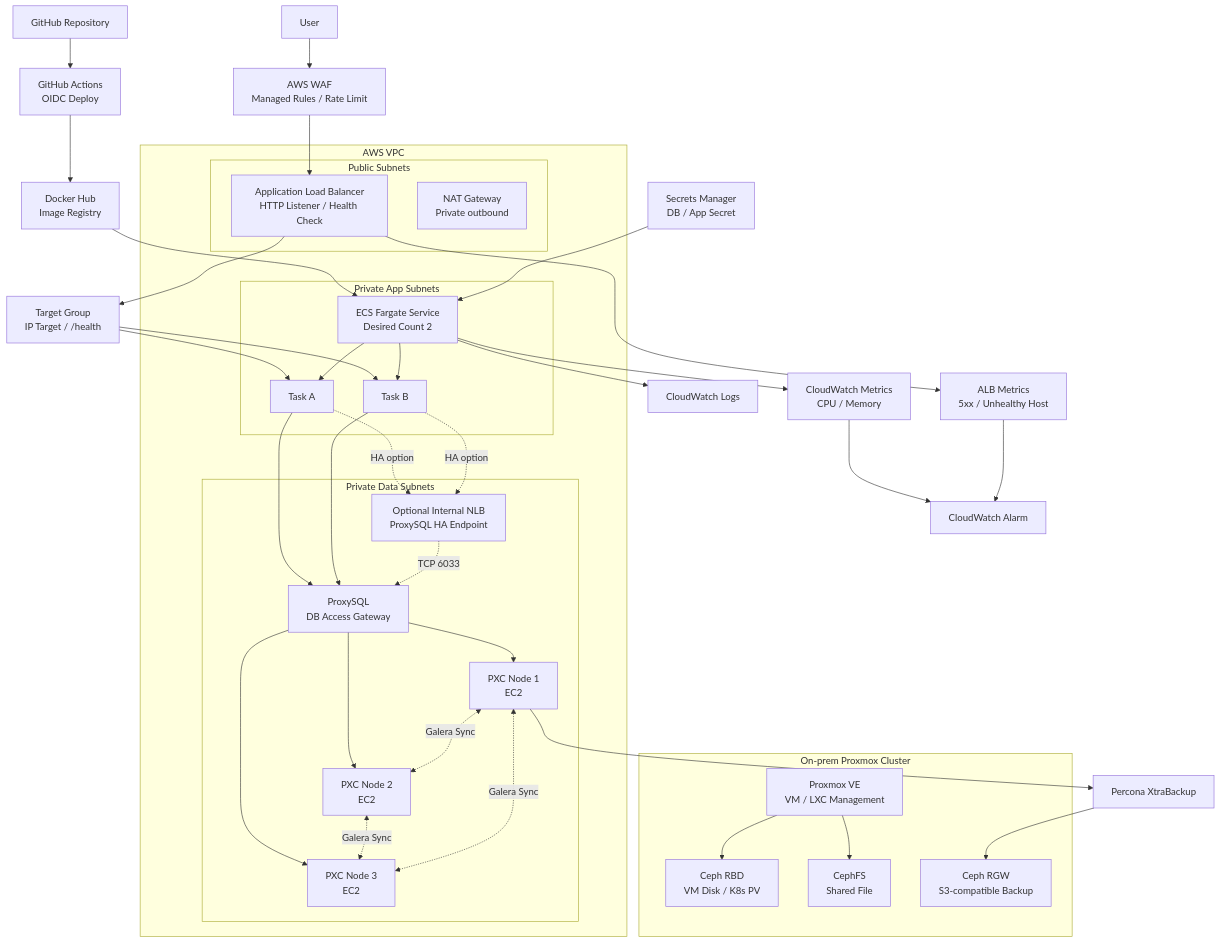
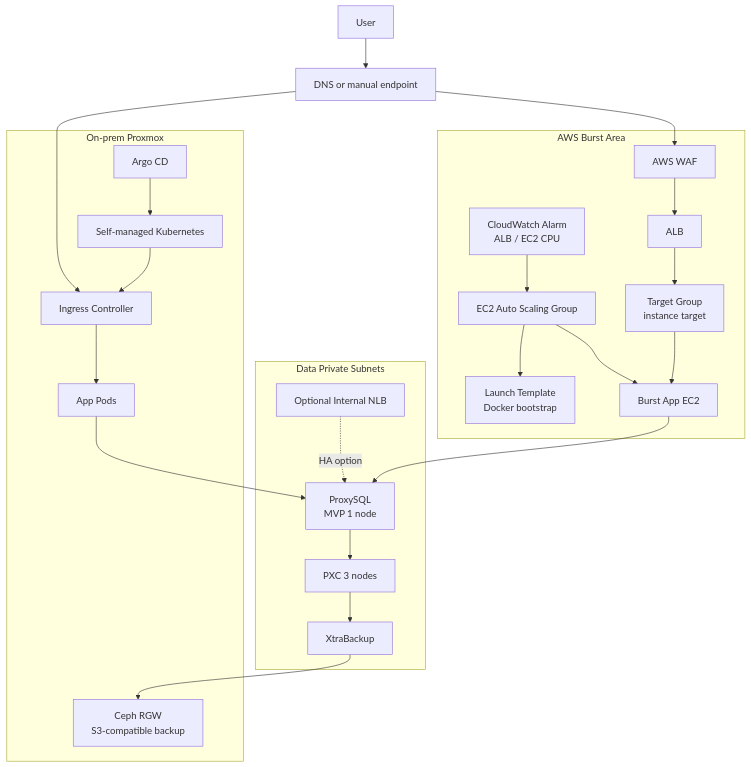
One commit to KosaCloudTeam2/infra-platform changed the second of 7 diagrams in docs/01_architecture.md. Above: the diagram before and after it, drawn with Mermaid. The commit also changed other lines of this file and 52 other files, not shown here.

````diff
--- a/docs/01_architecture.md
+++ b/docs/01_architecture.md
@@ -137,66 +137,47 @@
 ```mermaid
 flowchart TD
-    User["User"] --> WAF["AWS WAF<br/>Managed Rules / Rate Limit"]
-    WAF --> ALB["Application Load Balancer<br/>HTTP Listener / Health Check"]
-    ALB --> TG["Target Group<br/>IP Target / /health"]
+    User["User"] --> Traffic["DNS or manual endpoint"]
 
-    subgraph VPC["AWS VPC"]
-        subgraph Public["Public Subnets"]
-            ALB
-            NAT["NAT Gateway<br/>Private outbound"]
-        end
-
-        subgraph AppPrivate["Private App Subnets"]
-            ECS["ECS Fargate Service<br/>Desired Count 2"]
-            TaskA["Task A"]
-            TaskB["Task B"]
-        end
-
-        subgraph DataPrivate["Private Data Subnets"]
-            ProxySQL["ProxySQL<br/>DB Access Gateway"]
-            ProxyNLB["Optional Internal NLB<br/>ProxySQL HA Endpoint"]
-            PXC1["PXC Node 1<br/>EC2"]
-            PXC2["PXC Node 2<br/>EC2"]
-            PXC3["PXC Node 3<br/>EC2"]
-        end
+    subgraph OnPrem["On-prem Proxmox"]
+        K8s["Self-managed Kubernetes"]
+        Ingress["Ingress Controller"]
+        AppPod["App Pods"]
+        Argo["Argo CD"]
+        CephRGW["Ceph RGW<br/>S3-compatible backup"]
+        Argo --> K8s
+        K8s --> Ingress
+        Ingress --> AppPod
     end
 
-    TG --> TaskA
-    TG --> TaskB
-    ECS --> TaskA
-    ECS --> TaskB
-    TaskA --> ProxySQL
-    TaskB --> ProxySQL
-    TaskA -. "HA option" .-> ProxyNLB
-    TaskB -. "HA option" .-> ProxyNLB
-    ProxyNLB -. "TCP 6033" .-> ProxySQL
-    ProxySQL --> PXC1
-    ProxySQL --> PXC2
-    ProxySQL --> PXC3
-    PXC1 <-. "Galera Sync" .-> PXC2
-    PXC2 <-. "Galera Sync" .-> PXC3
-    PXC3 <-. "Galera Sync" .-> PXC1
-
-    GitHub["GitHub Repository"] --> Actions["GitHub Actions<br/>OIDC Deploy"]
-    Actions --> Registry["Docker Hub<br/>Image Registry"]
-    Registry --> ECS
-
-    subgraph OnPrem["On-prem Proxmox Cluster"]
-        Proxmox["Proxmox VE<br/>VM / LXC Management"]
-        CephRBD["Ceph RBD<br/>VM Disk / K8s PV"]
-        CephFS["CephFS<br/>Shared File"]
-        CephRGW["Ceph RGW<br/>S3-compatible Backup"]
+    subgraph AWS["AWS Burst Area"]
+        WAF["AWS WAF"]
+        ALB["ALB"]
+        TG["Target Group<br/>instance target"]
+        LT["Launch Template<br/>Docker bootstrap"]
+        ASG["EC2 Auto Scaling Group"]
+        BurstEC2["Burst App EC2"]
+        CW["CloudWatch Alarm<br/>ALB / EC2 CPU"]
+        WAF --> ALB
+        ALB --> TG
+        TG --> BurstEC2
+        ASG --> LT
+        ASG --> BurstEC2
+        CW --> ASG
     end
 
-    Secrets["Secrets Manager<br/>DB / App Secret"] --> ECS
-    Backup["Percona XtraBackup"] --> CephRGW
-    PXC1 --> Backup
-    ECS --> Logs["CloudWatch Logs"]
-    ECS --> Metrics["CloudWatch Metrics<br/>CPU / Memory"]
-    ALB --> AlbMetrics["ALB Metrics<br/>5xx / Unhealthy Host"]
-    Metrics --> Alarm["CloudWatch Alarm"]
-    AlbMetrics --> Alarm
+    subgraph Data["Data Private Subnets"]
+        ProxySQL["ProxySQL<br/>MVP 1 node"]
+        ProxyNLB["Optional Internal NLB"]
+        PXC["PXC 3 nodes"]
+        Backup["XtraBackup"]
+        ProxySQL --> PXC
+        PXC --> Backup
+    end
 
-    Proxmox --> CephRBD
-    Proxmox --> CephFS
+    Traffic --> Ingress
+    Traffic --> WAF
+    AppPod --> ProxySQL
+    BurstEC2 --> ProxySQL
+    ProxyNLB -. "HA option" .-> ProxySQL
+    Backup --> CephRGW
 ```
````
